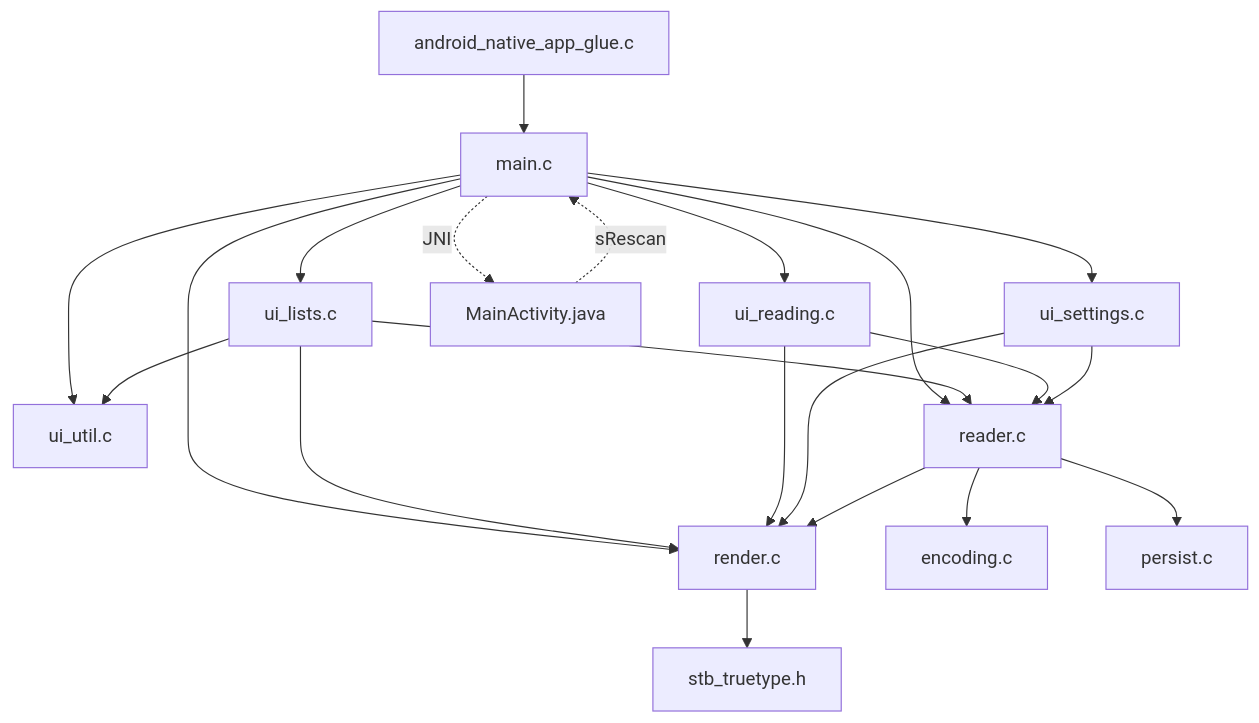
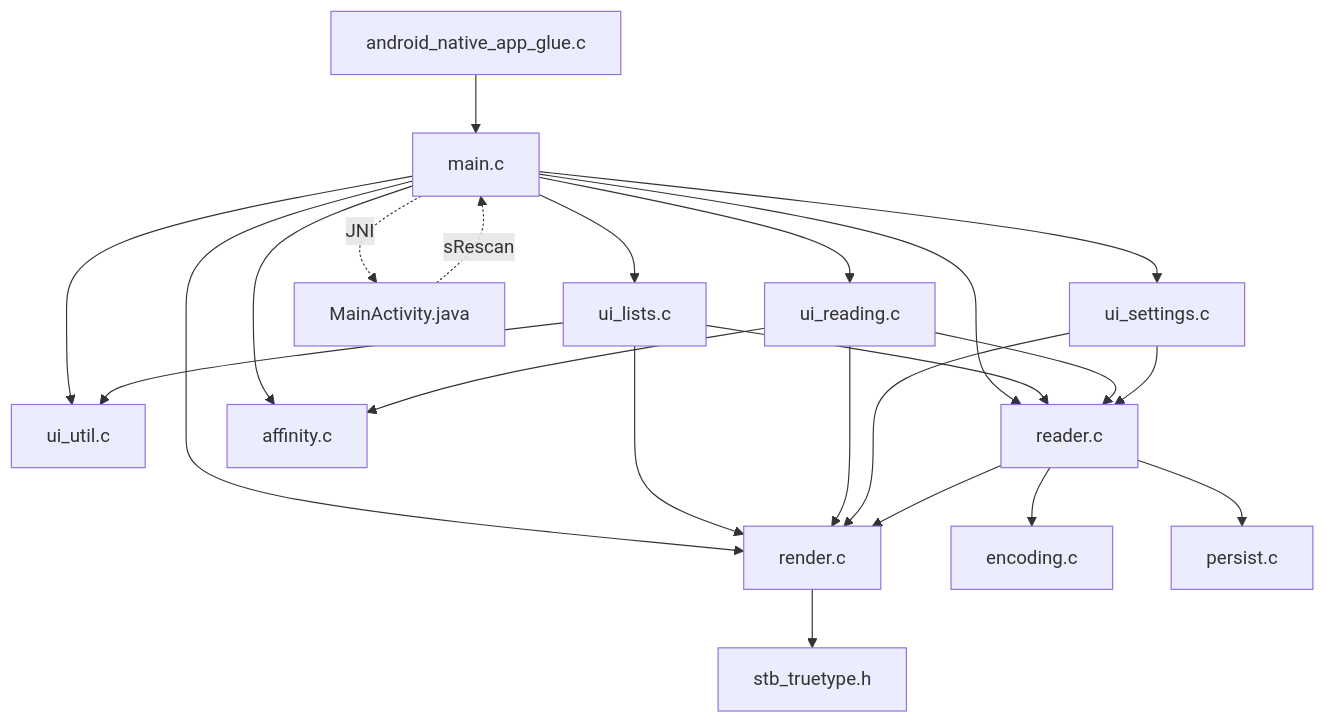
Before and after one commit to lulu00147/pTEXT: the diagram in README.md, drawn with Mermaid. The commit also changed other lines of this file, not shown here.

````diff
--- a/README.md
+++ b/README.md
@@ -60,23 +61,25 @@
 ```mermaid
 flowchart TD
   GLUE["android_native_app_glue.c"] --> MAIN["main.c"]
   MAIN --> UIL["ui_lists.c"]
   MAIN --> UIR["ui_reading.c"]
   MAIN --> UIS["ui_settings.c"]
   MAIN --> UTIL["ui_util.c"]
   MAIN --> READER["reader.c"]
   MAIN --> RENDER["render.c"]
   UIL --> UTIL
   UIL --> READER
   UIL --> RENDER
   UIR --> READER
   UIR --> RENDER
   UIS --> READER
   UIS --> RENDER
   READER --> ENC["encoding.c"]
   READER --> PERSIST["persist.c"]
   READER --> RENDER
   RENDER --> STB["stb_truetype.h"]
+  MAIN --> AFF["affinity.c"]
+  UIR --> AFF
   MAIN -. JNI .-> JAVA["MainActivity.java"]
   JAVA -. sRescan .-> MAIN
 ```
````
